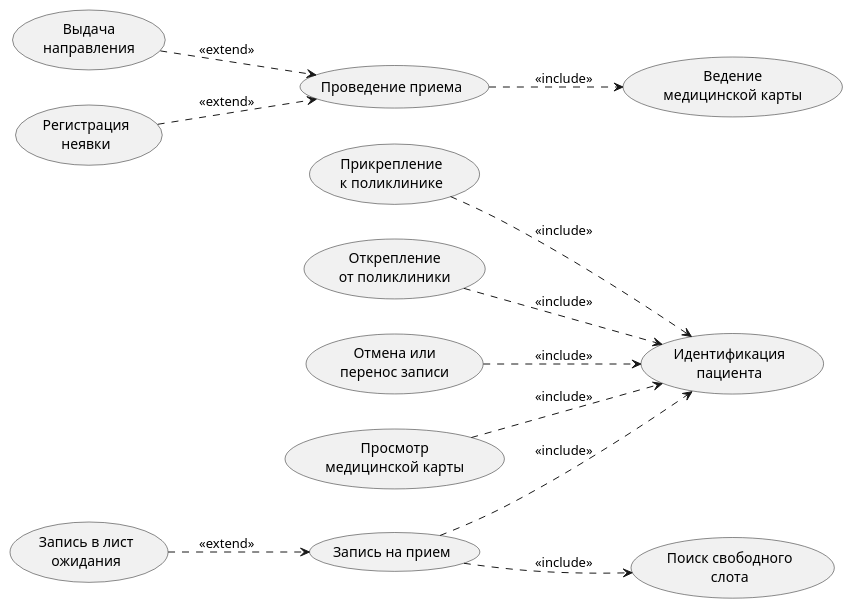
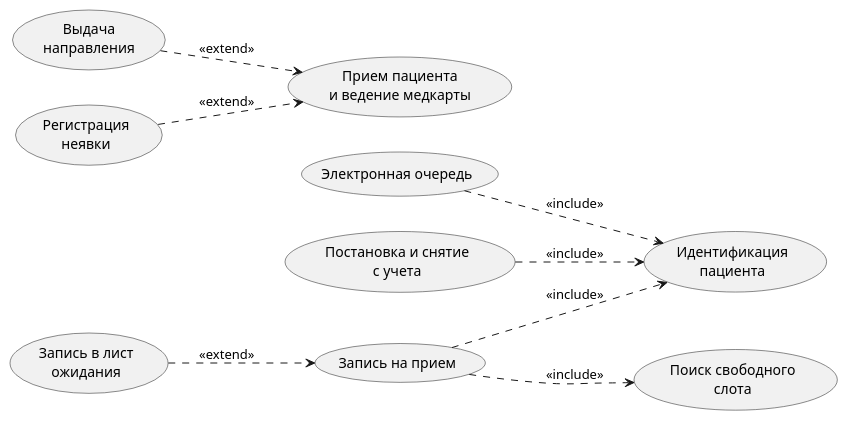
The second of 2 diagrams in Прецеденты/Диаграмма прецедентов.md (penamarth/bsbo-11-24_team3_var3_clinic), drawn with PlantUML before and after one commit. The commit also changed other lines of this file and 10 other files, not shown here.

Commit message:
5 прецедентов, электронная очередь, гайд для команды

````diff
--- a/Прецеденты/Диаграмма прецедентов.md
+++ b/Прецеденты/Диаграмма прецедентов.md
@@ -84,20 +71,18 @@
 ```plantuml
 @startuml
 skinparam packageStyle rect
 left to right direction
 
 (Запись на прием) ..> (Идентификация\nпациента) : <<include>>
 (Запись на прием) ..> (Поиск свободного\nслота) : <<include>>
 (Запись в лист\nожидания) ..> (Запись на прием) : <<extend>>
 
-(Проведение приема) ..> (Ведение\nмедицинской карты) : <<include>>
-(Выдача\nнаправления) ..> (Проведение приема) : <<extend>>
-(Регистрация\nнеявки) ..> (Проведение приема) : <<extend>>
+(Электронная очередь) ..> (Идентификация\nпациента) : <<include>>
 
-(Прикрепление\nк поликлинике) ..> (Идентификация\nпациента) : <<include>>
-(Открепление\nот поликлиники) ..> (Идентификация\nпациента) : <<include>>
-(Отмена или\nперенос записи) ..> (Идентификация\nпациента) : <<include>>
-(Просмотр\nмедицинской карты) ..> (Идентификация\nпациента) : <<include>>
+(Выдача\nнаправления) ..> (Прием пациента\nи ведение медкарты) : <<extend>>
+(Регистрация\nнеявки) ..> (Прием пациента\nи ведение медкарты) : <<extend>>
+
+(Постановка и снятие\nс учета) ..> (Идентификация\nпациента) : <<include>>
 
 @enduml
 ```
````
